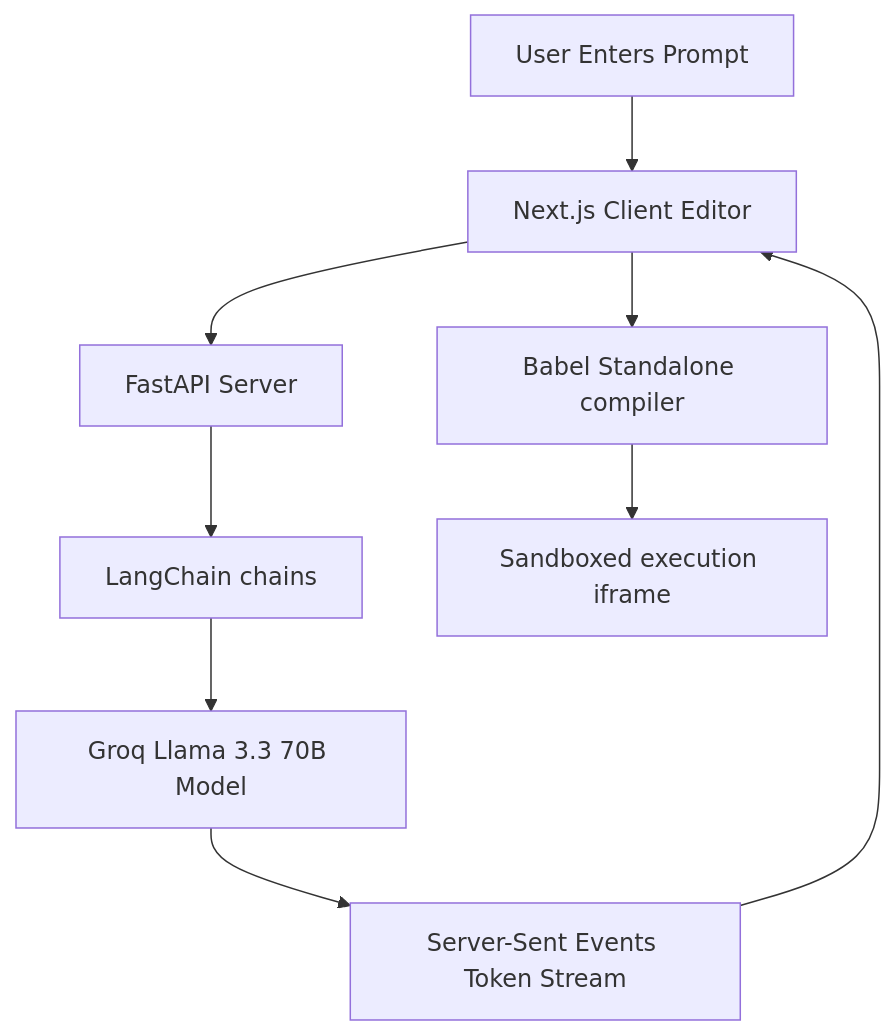
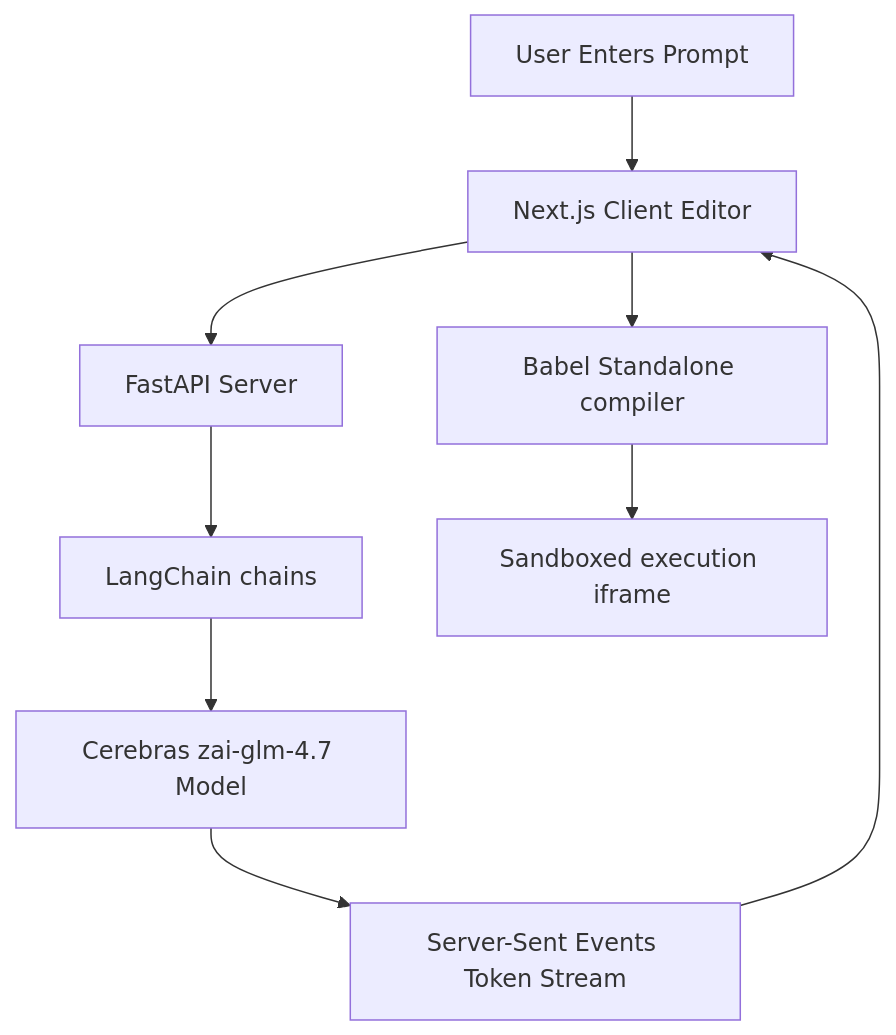
One commit to ShivaKumarS-code/RapidSketch changed the diagram in README.md. Above: the diagram before and after it, drawn with Mermaid. The commit also changed other lines of this file and 3 other files, not shown here.

````diff
--- a/README.md
+++ b/README.md
@@ -11,11 +11,11 @@
 ```mermaid
 graph TD
     A[User Enters Prompt] --> B[Next.js Client Editor]
     B --> C[FastAPI Server]
     C --> D[LangChain chains]
-    D --> E[Groq Llama 3.3 70B Model]
+    D --> E[Cerebras zai-glm-4.7 Model]
     E --> F[Server-Sent Events Token Stream]
     F --> B
     B --> G[Babel Standalone compiler]
     G --> H[Sandboxed execution iframe]
 ```
````
